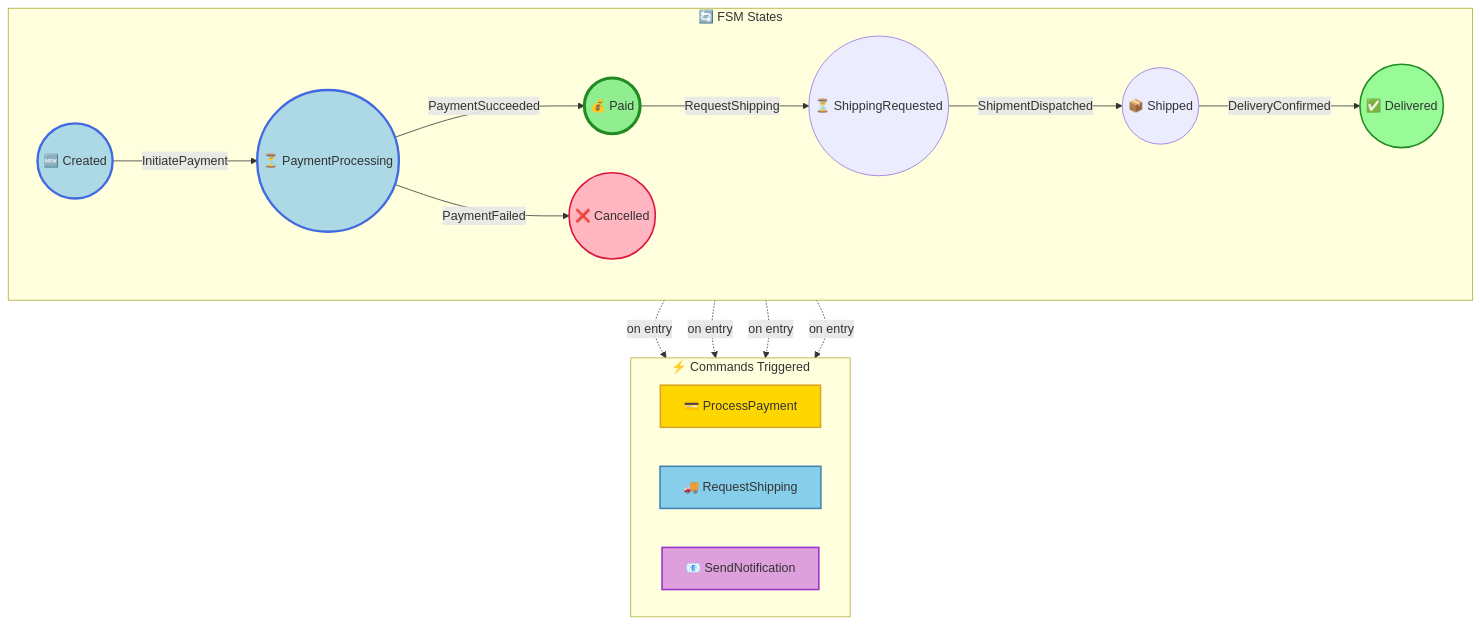
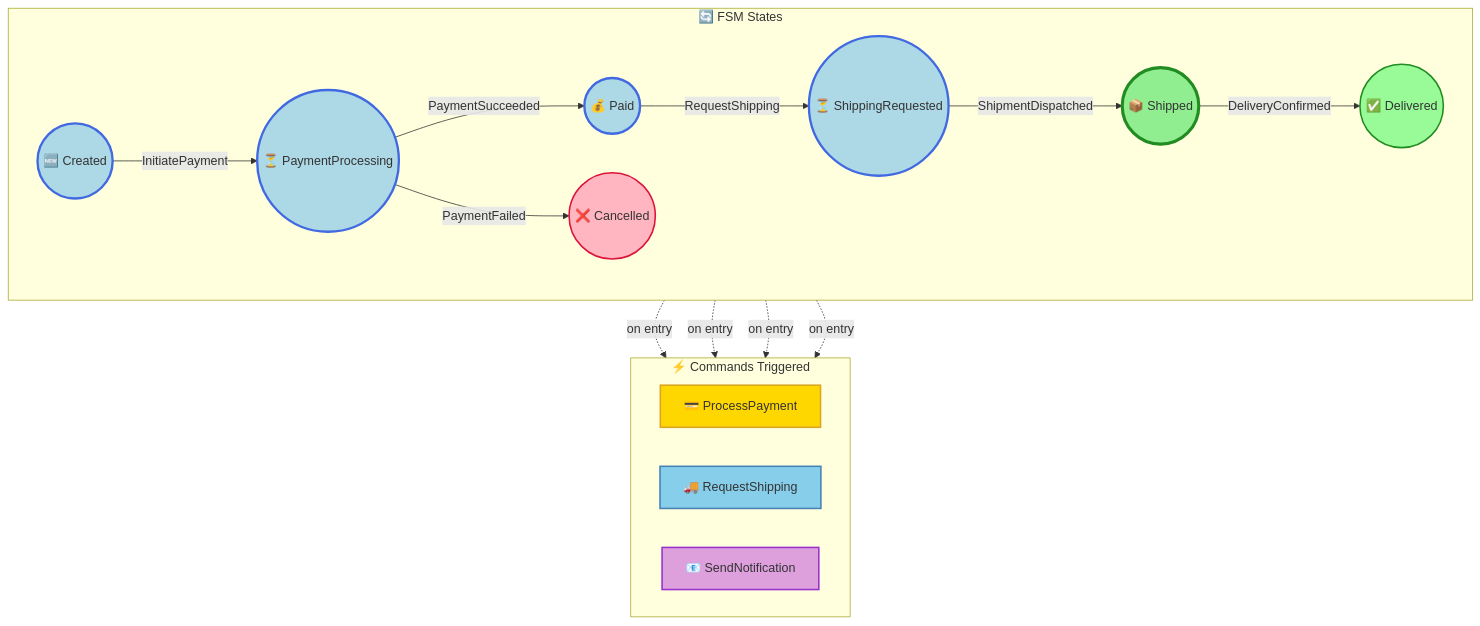
Before and after one commit to Iterable/mechanoid: the third of 3 diagrams in docs/visualizations/order-1-trace.md, drawn with Mermaid. The commit also changed other lines of this file and 52 other files, not shown here.

````diff
--- a/docs/visualizations/order-1-trace.md
+++ b/docs/visualizations/order-1-trace.md
@@ -58,42 +77,44 @@
 ```mermaid
 flowchart TB
     subgraph FSM["🔄 FSM States"]
         direction LR
         Shipped(("📦 Shipped"))
         PaymentProcessing(("⏳ PaymentProcessing"))
         ShippingRequested(("⏳ ShippingRequested"))
         Delivered(("✅ Delivered"))
         Cancelled(("❌ Cancelled"))
         Paid(("💰 Paid"))
         Created(("🆕 Created"))
         Created -->|InitiatePayment| PaymentProcessing
         PaymentProcessing -->|PaymentSucceeded| Paid
         PaymentProcessing -->|PaymentFailed| Cancelled
         Paid -->|RequestShipping| ShippingRequested
         ShippingRequested -->|ShipmentDispatched| Shipped
         Shipped -->|DeliveryConfirmed| Delivered
     end
 
     subgraph Commands["⚡ Commands Triggered"]
         direction LR
         ProcessPayment["💳 ProcessPayment"]
         RequestShipping["🚚 RequestShipping"]
         SendNotification["📧 SendNotification"]
     end
 
     PaymentProcessing -.->|on entry| ProcessPayment
     Paid -.->|on entry| RequestShipping
     Paid -.->|on entry| SendNotification
     Shipped -.->|on entry| SendNotification
 
     style Delivered fill:#98FB98,stroke:#228B22,stroke-width:2px
     style Cancelled fill:#FFB6C1,stroke:#DC143C,stroke-width:2px
     style ProcessPayment fill:#FFD700,stroke:#DAA520,stroke-width:2px
     style RequestShipping fill:#87CEEB,stroke:#4682B4,stroke-width:2px
     style SendNotification fill:#DDA0DD,stroke:#9932CC,stroke-width:2px
 
     style Created fill:#ADD8E6,stroke:#4169E1,stroke-width:3px
+    style ShippingRequested fill:#ADD8E6,stroke:#4169E1,stroke-width:3px
     style PaymentProcessing fill:#ADD8E6,stroke:#4169E1,stroke-width:3px
+    style Shipped fill:#ADD8E6,stroke:#4169E1,stroke-width:3px
     style Paid fill:#ADD8E6,stroke:#4169E1,stroke-width:3px
-    style Paid fill:#90EE90,stroke:#228B22,stroke-width:4px
+    style Shipped fill:#90EE90,stroke:#228B22,stroke-width:4px
 ```
````
